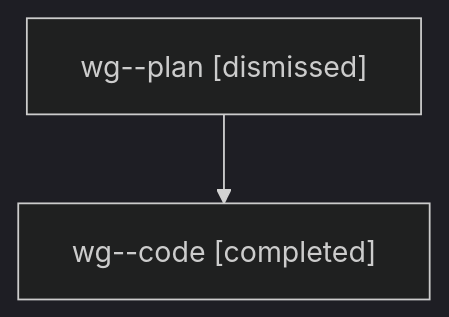
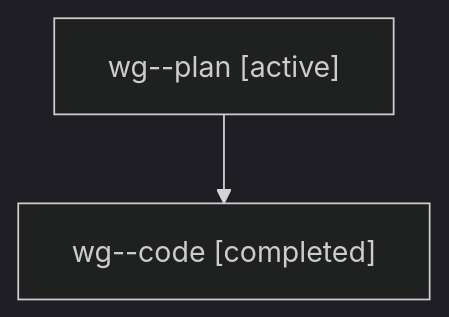
Before and after one commit to sase-org/sase--agents: the diagram in families/bbugyi200.athena.wg.md, drawn with Mermaid (dark theme). The commit also changed other lines of this file and 35830 other files, not shown here.

````diff
--- a/families/bbugyi200.athena.wg.md
+++ b/families/bbugyi200.athena.wg.md
@@ -9,6 +9,6 @@
 ```mermaid
 flowchart TD
-  n0["wg--plan [dismissed]"]
+  n0["wg--plan [active]"]
   n1["wg--code [completed]"]
   n0 --> n1
 ```
````
